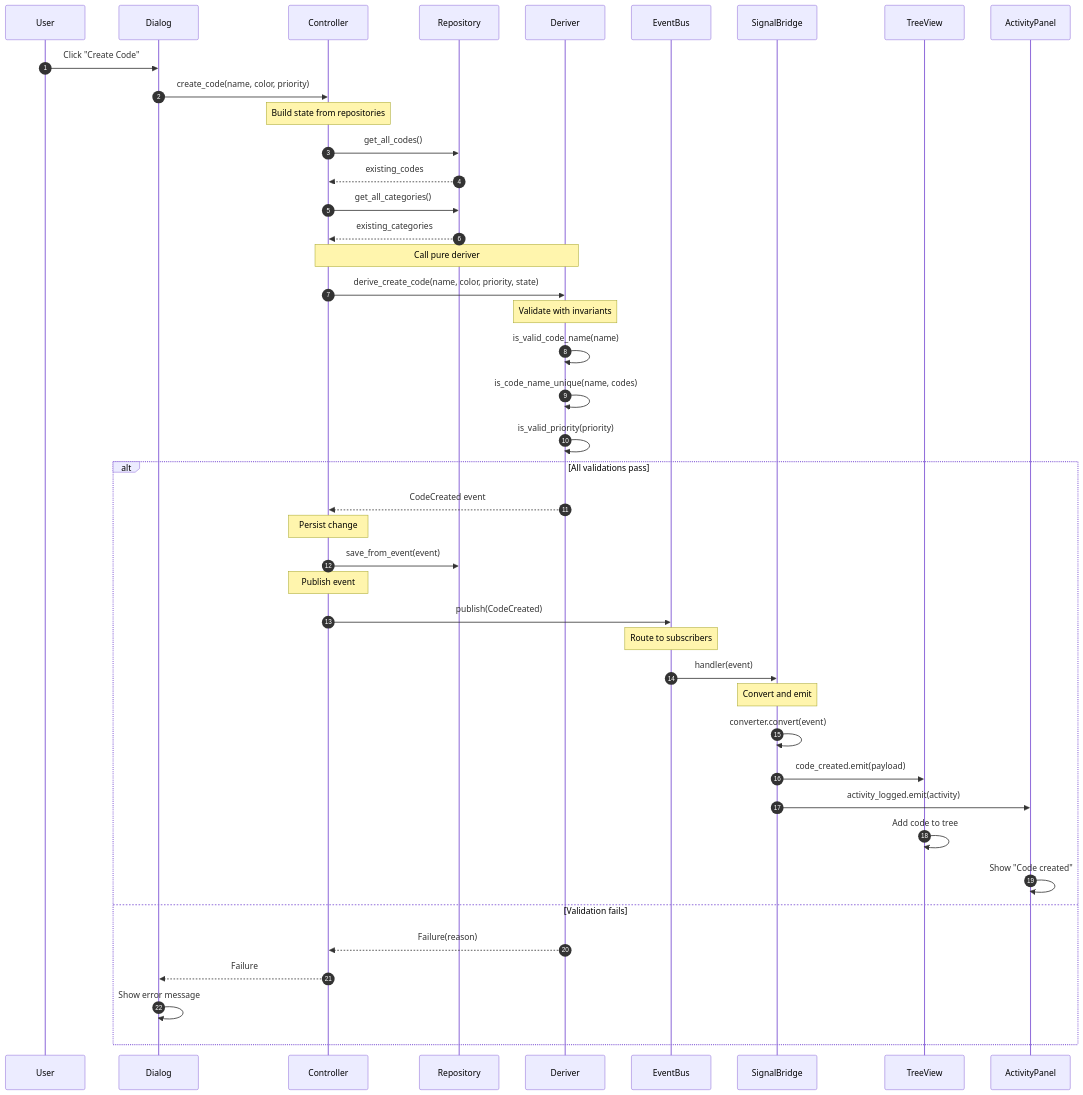
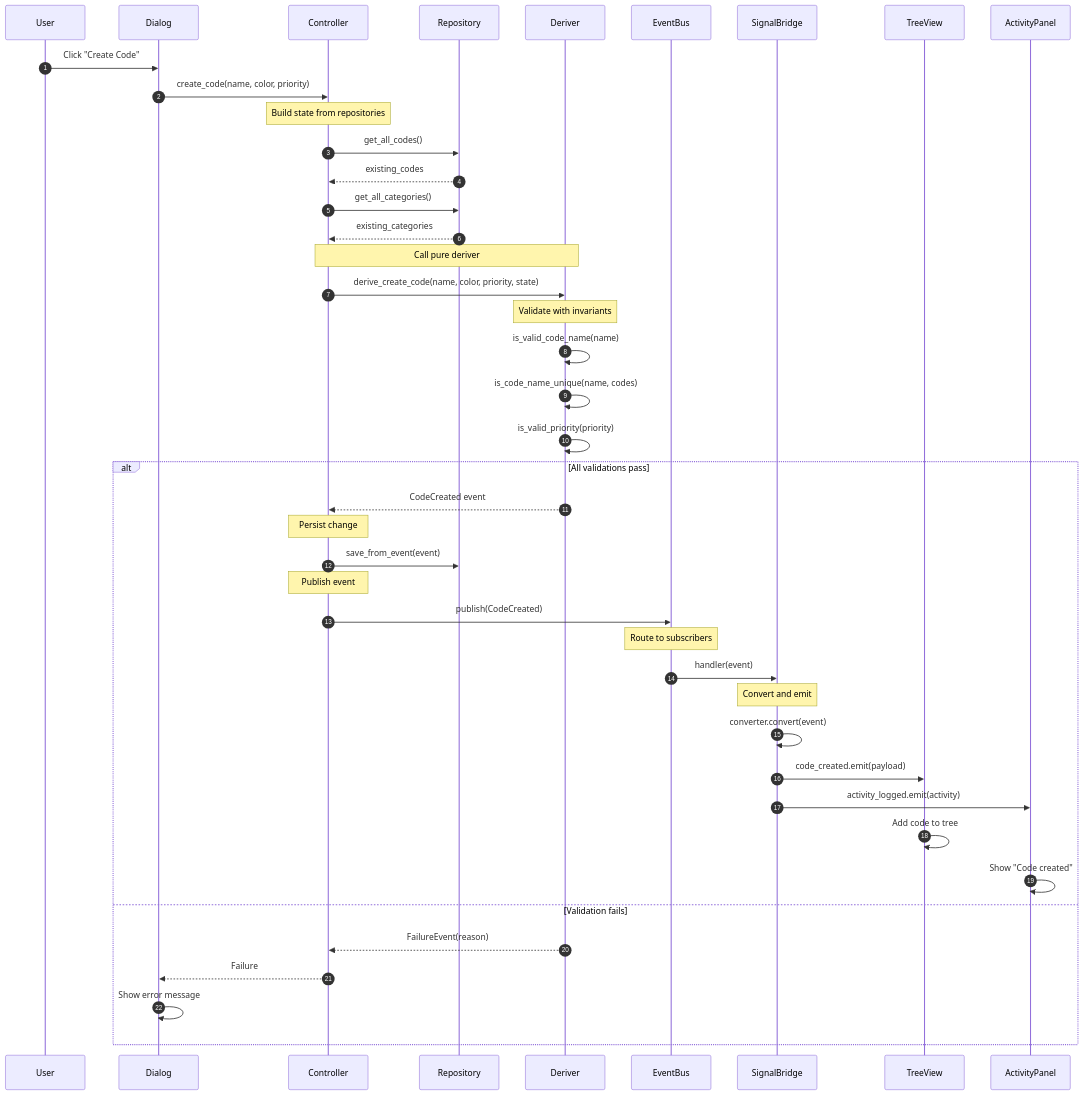
The second of 4 diagrams in docs/tutorials/07-complete-flow.md (scope-impact/QualCoder-v2), drawn with Mermaid before and after one commit. The commit also changed other lines of this file and 13 other files, not shown here.

````diff
--- a/docs/tutorials/07-complete-flow.md
+++ b/docs/tutorials/07-complete-flow.md
@@ -102,54 +104,54 @@
 ```mermaid
 sequenceDiagram
     autonumber
     participant U as User
     participant D as Dialog
     participant C as Controller
     participant R as Repository
     participant DV as Deriver
     participant EB as EventBus
     participant SB as SignalBridge
     participant TV as TreeView
     participant AP as ActivityPanel
 
     U->>D: Click "Create Code"
     D->>C: create_code(name, color, priority)
 
     Note over C: Build state from repositories
     C->>R: get_all_codes()
     R-->>C: existing_codes
     C->>R: get_all_categories()
     R-->>C: existing_categories
 
     Note over C,DV: Call pure deriver
     C->>DV: derive_create_code(name, color, priority, state)
 
     Note over DV: Validate with invariants
     DV->>DV: is_valid_code_name(name)
     DV->>DV: is_code_name_unique(name, codes)
     DV->>DV: is_valid_priority(priority)
 
     alt All validations pass
         DV-->>C: CodeCreated event
         Note over C: Persist change
         C->>R: save_from_event(event)
 
         Note over C: Publish event
         C->>EB: publish(CodeCreated)
 
         Note over EB: Route to subscribers
         EB->>SB: handler(event)
 
         Note over SB: Convert and emit
         SB->>SB: converter.convert(event)
         SB->>TV: code_created.emit(payload)
         SB->>AP: activity_logged.emit(activity)
 
         TV->>TV: Add code to tree
         AP->>AP: Show "Code created"
     else Validation fails
-        DV-->>C: Failure(reason)
+        DV-->>C: FailureEvent(reason)
         C-->>D: Failure
         D->>D: Show error message
     end
 ```
````
